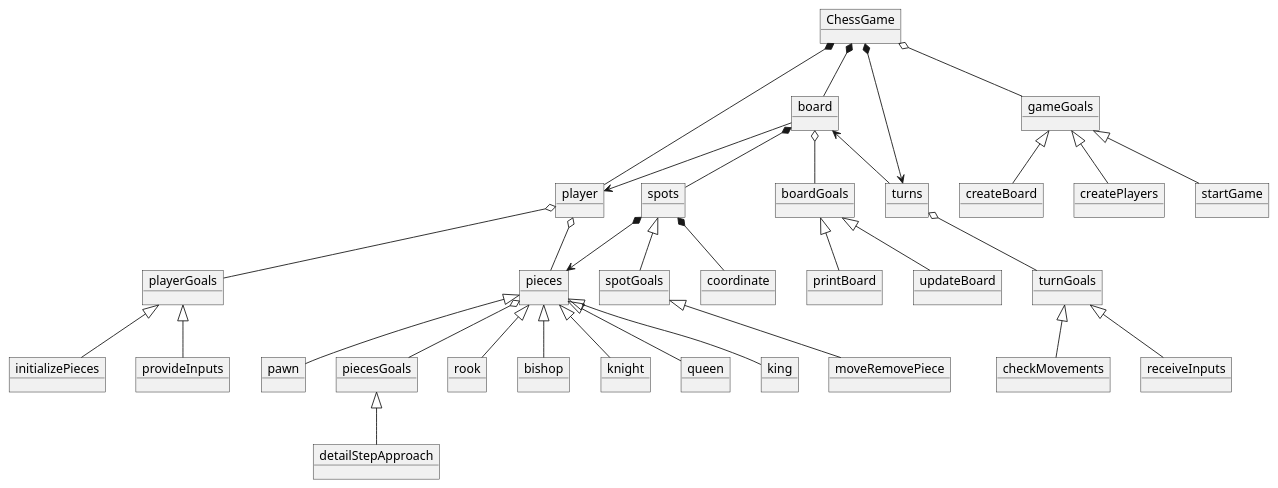
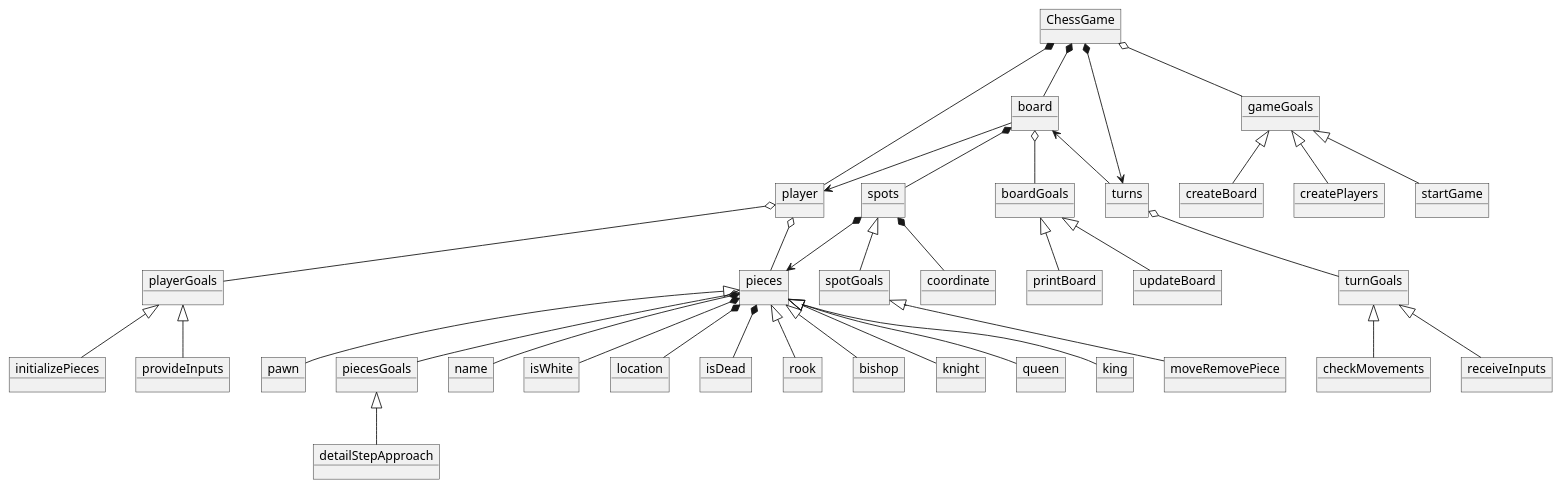
The diagram in docs/domain-diagram.wsd (danlopz7/Chess-Game), drawn with PlantUML before and after one commit. The commit also changed 8 other files, not shown here.

```diff
--- a/docs/domain-diagram.wsd
+++ b/docs/domain-diagram.wsd
@@ -1,91 +1,92 @@
 @startuml ClassDiagram
 
 object ChessGame
 object board
 object player
 object spots
 object coordinate
 object pieces
 object rook
 object bishop
 object knight
 object queen
 object king
 object pawn
 object turns
 
 object turnGoals
 object checkMovements
 object receiveInputs
 
 object piecesGoals
 object detailStepApproach
-' object name
-' object isWhite
-' object location
-' object isDead
+object name
+object isWhite
+object location
+object isDead
 
 object playerGoals
 object provideInputs
 object initializePieces
 
 object spotGoals
 object moveRemovePiece
 
 object boardGoals
 object printBoard
 object updateBoard
 
 object gameGoals
 object startGame
 object createBoard
 object createPlayers
 
 
 ChessGame *-- player
 ChessGame *--> turns
 ChessGame o-- gameGoals
 ChessGame *-- board
 
 player o-- playerGoals
 player o-- pieces
 
 playerGoals <|-- provideInputs
 playerGoals <|--initializePieces
 
 board o-- boardGoals
 board *-- spots
 boardGoals <|-- printBoard
 boardGoals <|-- updateBoard
 
 spots *--> pieces
 spots *-- coordinate
 spots <|-- spotGoals
 spotGoals <|-- moveRemovePiece
 
 gameGoals <|-- createBoard
 gameGoals <|-- startGame
 gameGoals <|-- createPlayers
 
 turns o-- turnGoals
 turnGoals <|-- checkMovements
 turnGoals <|-- receiveInputs
 
-' pieces *-- name
-' pieces *-- isWhite
-' pieces *-- location
-' pieces *-- isDead
+pieces *-- name
+pieces *-- isWhite
+pieces *-- location
+pieces *-- isDead
+
 pieces <|-- rook
 pieces <|-- bishop
 pieces <|-- knight
 pieces <|-- queen
 pieces <|-- king
 pieces <|-- pawn
 
 board <-- turns
 board --> player
 
 pieces o-- piecesGoals
 piecesGoals <|-- detailStepApproach
 
 @enduml
```
